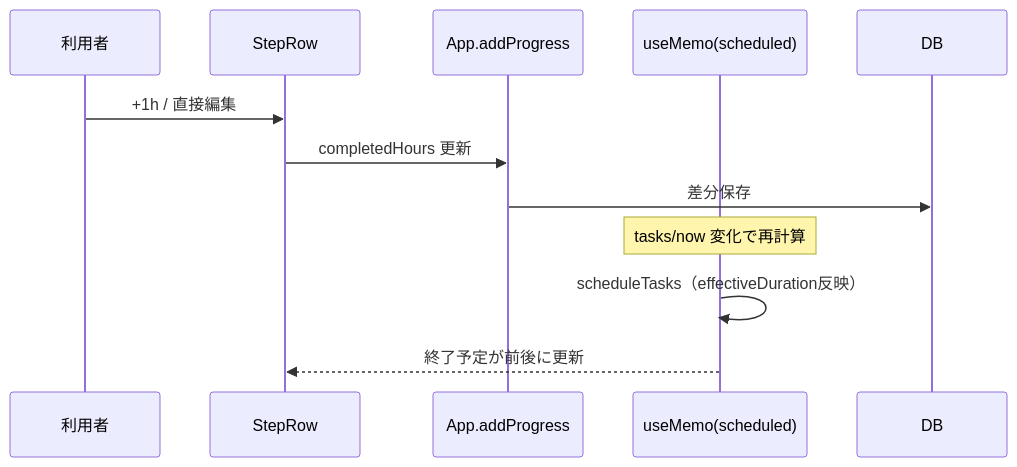
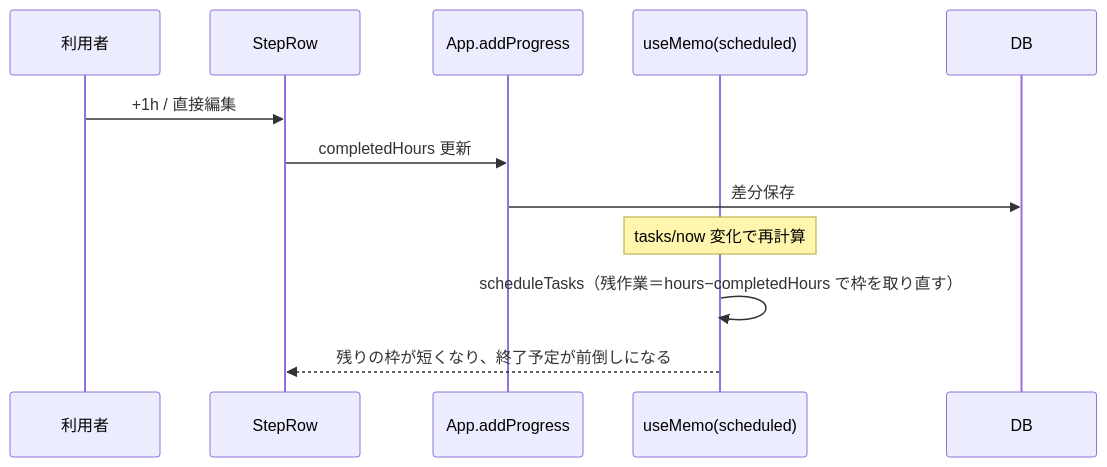
Before and after one commit to NAKAMUAR/koutei-zu: the third of 6 diagrams in docs/04_詳細設計書.md, drawn with Mermaid. The commit also changed other lines of this file and 5 other files, not shown here.

````diff
--- a/docs/04_詳細設計書.md
+++ b/docs/04_詳細設計書.md
@@ -164,13 +291,13 @@
 ```mermaid
 sequenceDiagram
     participant U as 利用者
     participant R as StepRow
     participant A as App.addProgress
     participant M as useMemo(scheduled)
     U->>R: +1h / 直接編集
     R->>A: completedHours 更新
     A->>DB: 差分保存
     Note over M: tasks/now 変化で再計算
-    M->>M: scheduleTasks（effectiveDuration反映）
-    M-->>R: 終了予定が前後に更新
+    M->>M: scheduleTasks（残作業＝hours−completedHours で枠を取り直す）
+    M-->>R: 残りの枠が短くなり、終了予定が前倒しになる
 ```
````
